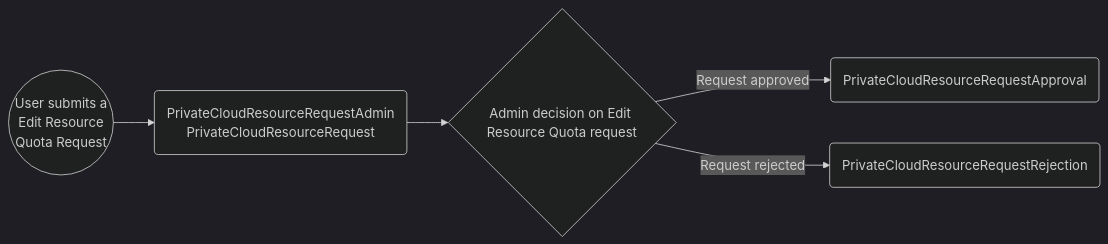
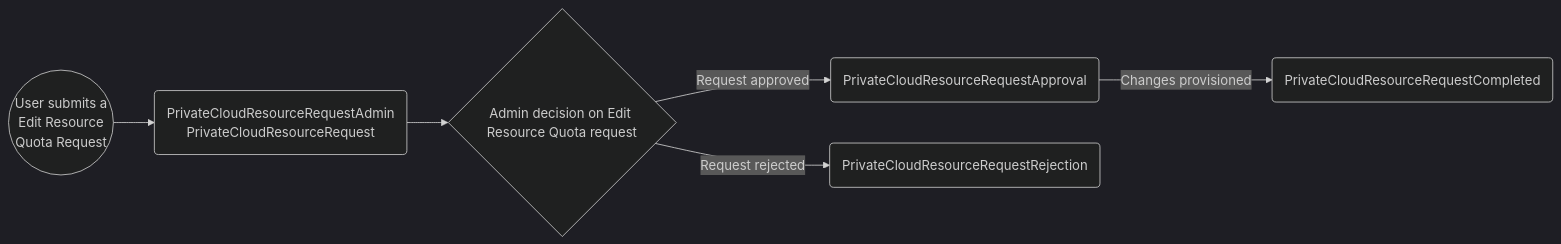
One commit to bcgov/platform-services-registry changed the second of 5 diagrams in docs/email-scenarios-private-cloud.md. Above: the diagram before and after it, drawn with Mermaid (dark theme). The commit also changed other lines of this file, not shown here.

Commit message:
feat(3593-3): update mermaid diagram

````diff
--- a/docs/email-scenarios-private-cloud.md
+++ b/docs/email-scenarios-private-cloud.md
@@ -80,7 +80,8 @@
 ```mermaid
 flowchart LR
     A((User submits a <br>Edit Resource <br> Quota Request)) --> B(PrivateCloudResourceRequestAdmin<br>PrivateCloudResourceRequest)
     B --> C{Admin decision on Edit Resource Quota request}
     C -->|Request approved| D(PrivateCloudResourceRequestApproval)
     C -->|Request rejected| E(PrivateCloudResourceRequestRejection)
+    D -->|Changes provisioned| F(PrivateCloudResourceRequestCompleted)
 ```
````
